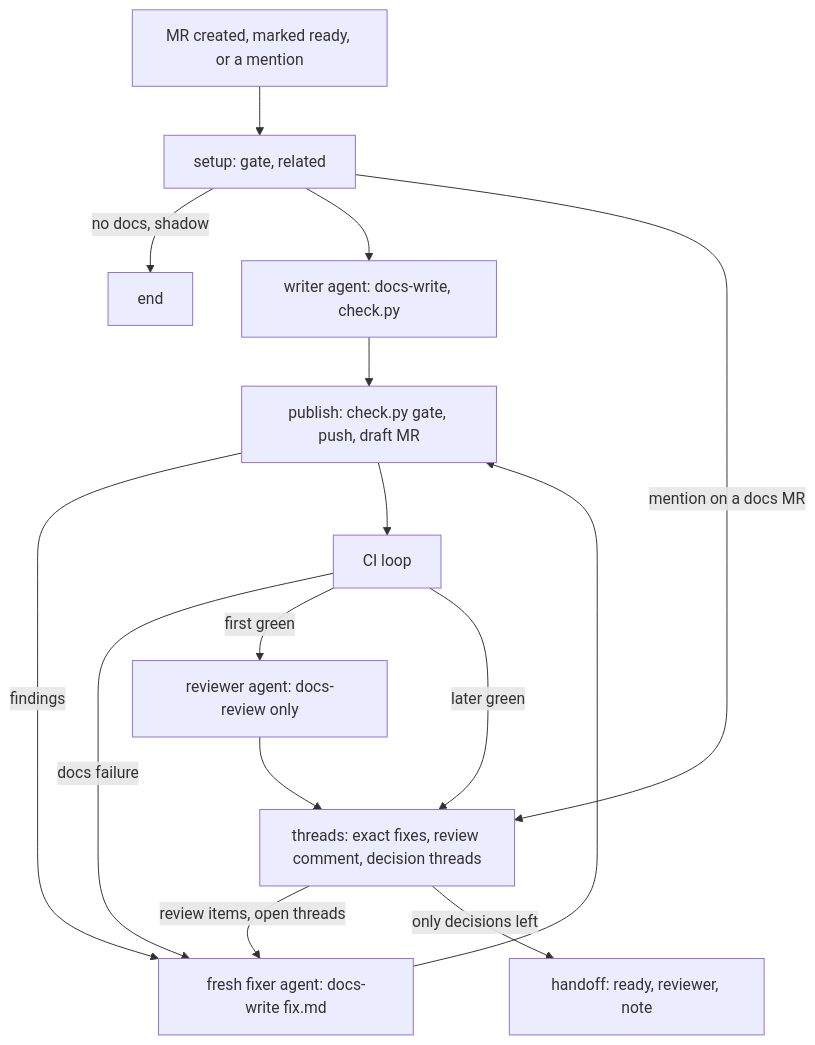
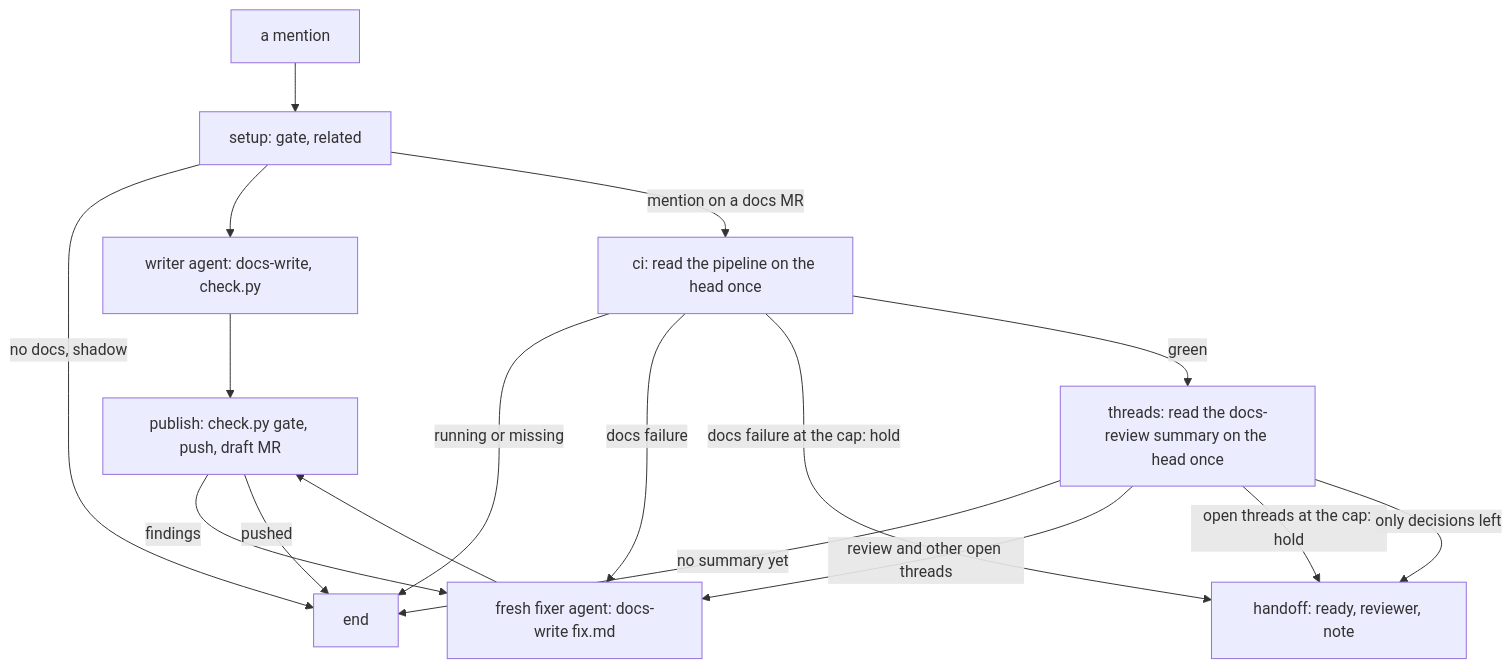
One commit to gitlabhq/orbit-knowledge-graph changed the first of 3 diagrams in .gitlab/duo/catalog/flows/README.md. Above: the diagram before and after it, drawn with Mermaid. The commit also changed other lines of this file and 5 other files, not shown here.

````diff
--- a/.gitlab/duo/catalog/flows/README.md
+++ b/.gitlab/duo/catalog/flows/README.md
@@ -64,17 +95,19 @@
 ```mermaid
 flowchart TD
-  T[MR created, marked ready, or a mention] --> S[setup: gate, related]
+  T[a mention] --> S[setup: gate, related]
   S -->|no docs, shadow| E[end]
   S --> W[writer agent: docs-write, check.py]
-  S -->|mention on a docs MR| TH
+  S -->|mention on a docs MR| C
   W --> P[publish: check.py gate, push, draft MR]
   P -->|findings| F[fresh fixer agent: docs-write fix.md]
   F --> P
-  P --> C[CI loop]
+  P -->|pushed| E
+  C[ci: read the pipeline on the head once] -->|running or missing| E
   C -->|docs failure| F
-  C -->|first green| R[reviewer agent: docs-review only]
-  R --> TH[threads: exact fixes, review comment, decision threads]
-  C -->|later green| TH
-  TH -->|review items, open threads| F
+  C -->|docs failure at the cap: hold| H
+  C -->|green| TH[threads: read the docs-review summary on the head once]
+  TH -->|no summary yet| E
+  TH -->|review and other open threads| F
+  TH -->|open threads at the cap: hold| H
   TH -->|only decisions left| H[handoff: ready, reviewer, note]
 ```
````
